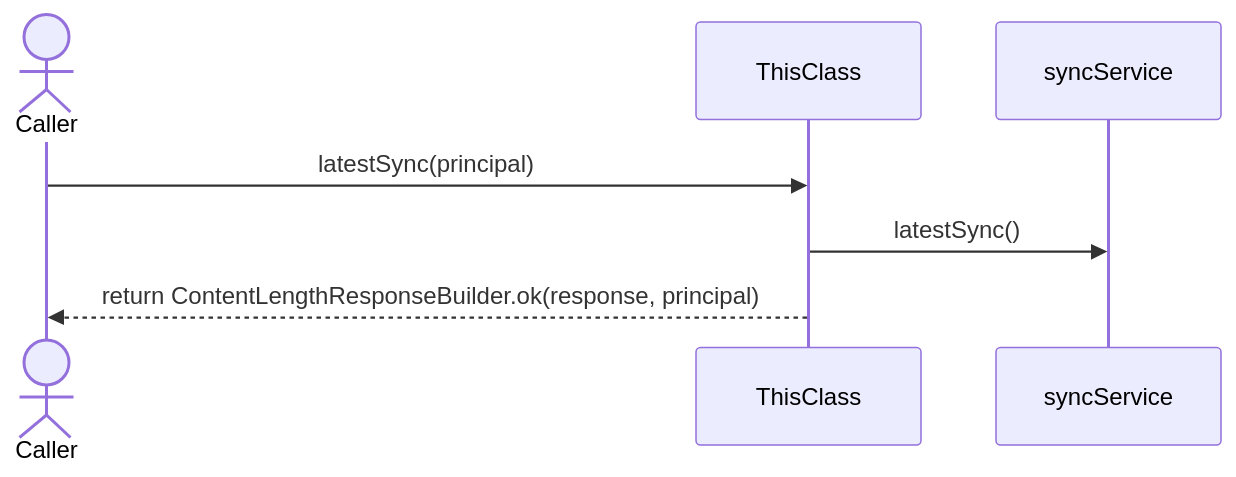
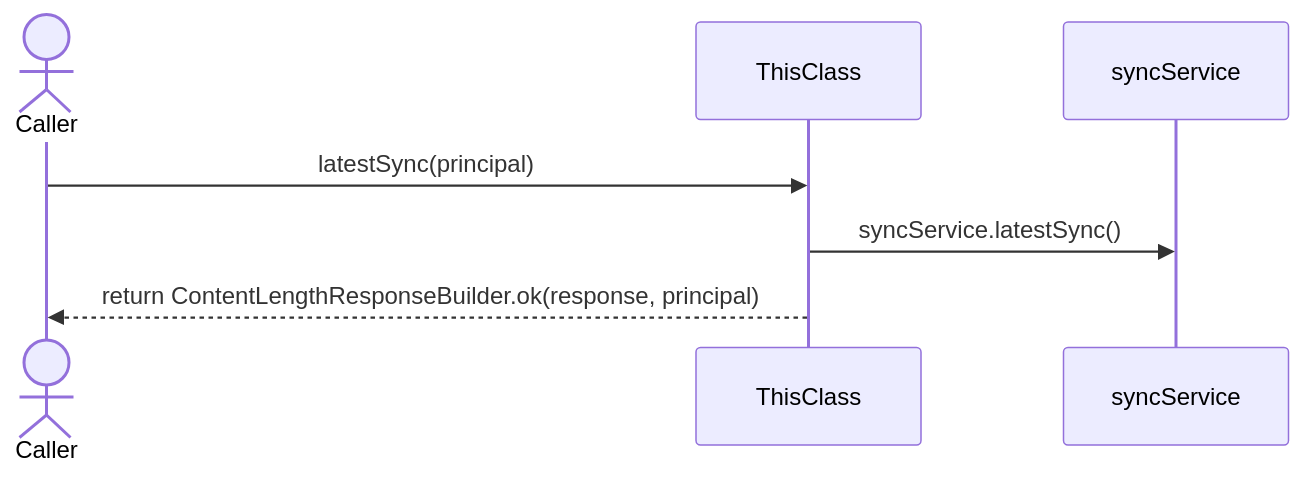
One commit to FelipeMCassiano/geanky changed the fifth of 6 diagrams in docs/BoatSyncController.md. Above: the diagram before and after it, drawn with Mermaid. The commit also changed other lines of this file and 6 other files, not shown here.

````diff
--- a/docs/BoatSyncController.md
+++ b/docs/BoatSyncController.md
@@ -227,11 +227,11 @@
 ```mermaid
 sequenceDiagram
     actor Caller
     participant ThisClass
     participant syncService
 
     Caller->>ThisClass: latestSync(principal)
-    ThisClass->>syncService: latestSync()
+    ThisClass->>syncService: syncService.latestSync()
     ThisClass-->>Caller: return ContentLengthResponseBuilder.ok(response, principal)
 
 ```
````
